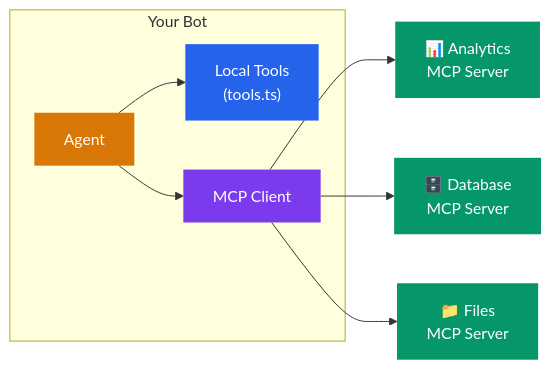
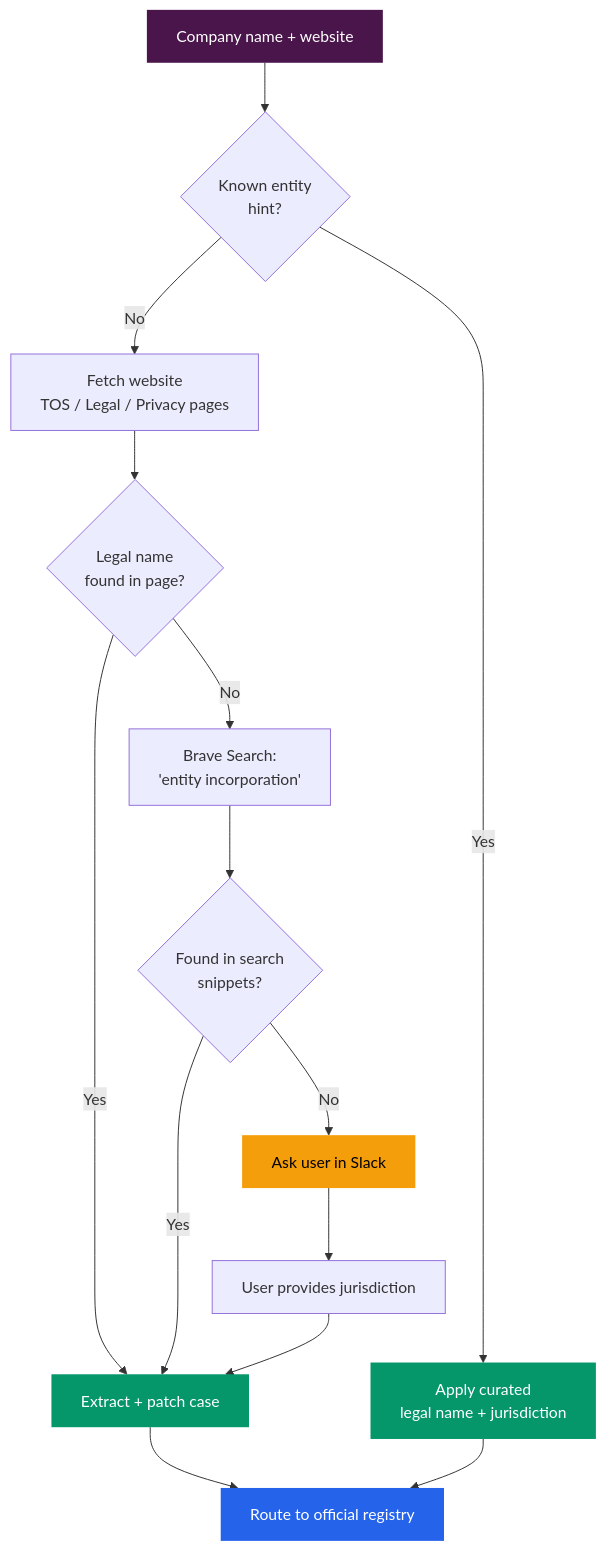
One commit to Mikeishiring/slackbot changed the fourth of 4 diagrams in README.md. Above: the diagram before and after it, drawn with Mermaid. The commit also changed other lines of this file, not shown here.

First line of the commit message:
docs: comprehensive README with 3-tier flowcharts and architecture

````diff
--- a/README.md
+++ b/README.md
@@ -320,18 +311,22 @@
 ```mermaid
-graph LR
-    subgraph "Your Bot"
-        A["Agent"] --> B["Local Tools<br/>(tools.ts)"]
-        A --> C["MCP Client"]
-    end
+graph TD
+    A["Company name + website"] --> B{"Known entity<br/>hint?"}
+    B -->|Yes| C["Apply curated<br/>legal name + jurisdiction"]
+    B -->|No| D["Fetch website<br/>TOS / Legal / Privacy pages"]
+    D --> E{"Legal name<br/>found in page?"}
+    E -->|Yes| F["Extract + patch case"]
+    E -->|No| G["Brave Search:<br/>'entity incorporation'"]
+    G --> H{"Found in search<br/>snippets?"}
+    H -->|Yes| F
+    H -->|No| I["Ask user in Slack"]
+    I --> J["User provides jurisdiction"]
+    J --> F
+    F --> K["Route to official registry"]
+    C --> K
 
-    C --> D["📊 Analytics<br/>MCP Server"]
-    C --> E["🗄️ Database<br/>MCP Server"]
-    C --> F["📁 Files<br/>MCP Server"]
-
-    style A fill:#D97706,color:#fff,stroke:none
-    style B fill:#2563EB,color:#fff,stroke:none
-    style C fill:#7C3AED,color:#fff,stroke:none
-    style D fill:#059669,color:#fff,stroke:none
-    style E fill:#059669,color:#fff,stroke:none
+    style A fill:#4A154B,color:#fff,stroke:none
+    style C fill:#059669,color:#fff,stroke:none
     style F fill:#059669,color:#fff,stroke:none
+    style I fill:#F59E0B,color:#000,stroke:none
+    style K fill:#2563EB,color:#fff,stroke:none
 ```
````
